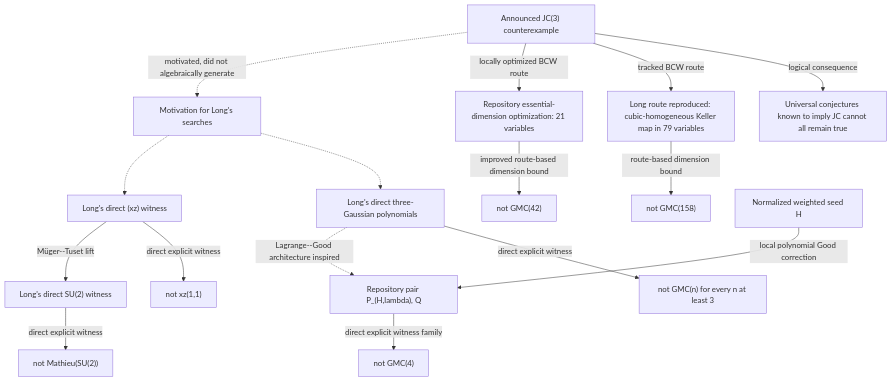
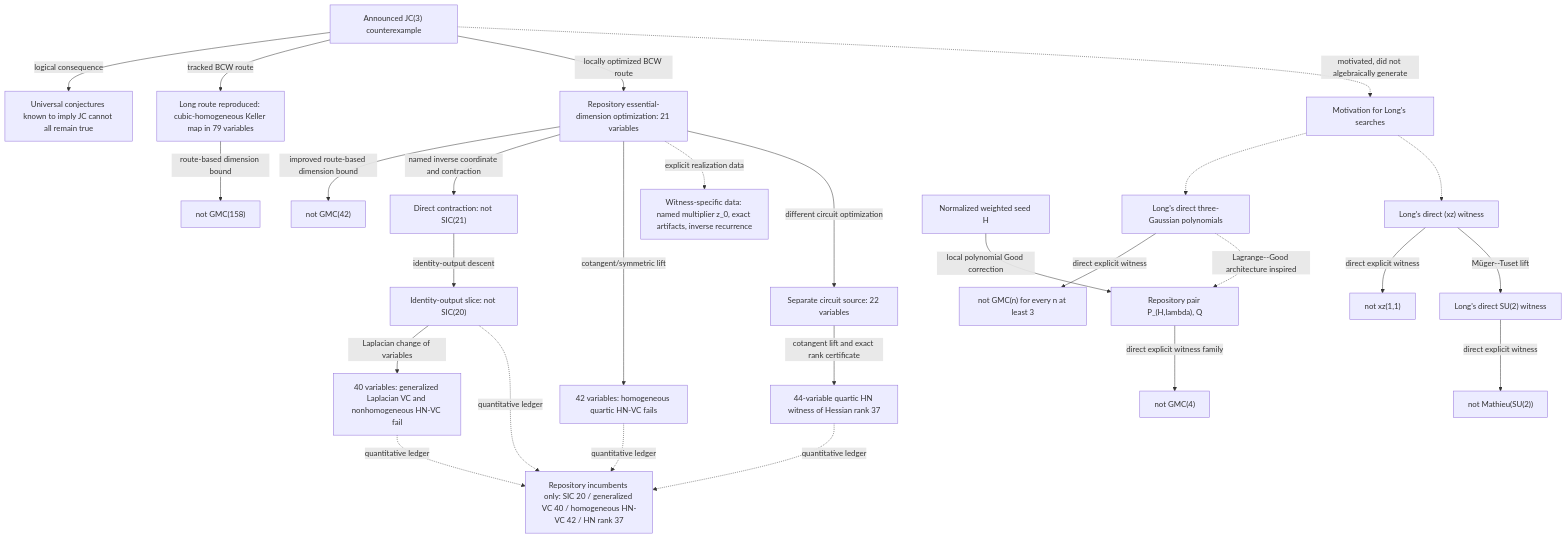
The diagram in extended-geometry/EXTERNAL_CONSEQUENCES_AND_PROVENANCE.md (royvanrijn/jacobian-research), drawn with Mermaid before and after one commit. The commit also changed other lines of this file and 132 other files, not shown here.

````diff
--- a/extended-geometry/EXTERNAL_CONSEQUENCES_AND_PROVENANCE.md
+++ b/extended-geometry/EXTERNAL_CONSEQUENCES_AND_PROVENANCE.md
@@ -21,35 +21,54 @@
 ```mermaid
 flowchart TD
     J["Announced JC(3) counterexample"]
     U["Universal conjectures known to imply JC cannot all remain true"]
     B["Long route reproduced: cubic-homogeneous Keller map in 79 variables"]
     R["not GMC(158)"]
     BO["Repository essential-dimension optimization: 21 variables"]
     RO["not GMC(42)"]
+    I21["Direct contraction: not SIC(21)"]
+    I20["Identity-output slice: not SIC(20)"]
+    V40["40 variables: generalized Laplacian VC and nonhomogeneous HN-VC fail"]
+    H42["42 variables: homogeneous quartic HN-VC fails"]
+    C22["Separate circuit source: 22 variables"]
+    HR37["44-variable quartic HN witness of Hessian rank 37"]
+    Q["Repository incumbents only: SIC 20 / generalized VC 40 / homogeneous HN-VC 42 / HN rank 37"]
+    E["Witness-specific data: named multiplier z_0, exact artifacts, inverse recurrence"]
     M["Motivation for Long's searches"]
     GP["Long's direct three-Gaussian polynomials"]
     G["not GMC(n) for every n at least 3"]
     XP["Long's direct (xz) witness"]
     X["not xz(1,1)"]
     SP["Long's direct SU(2) witness"]
     S["not Mathieu(SU(2))"]
     WH["Normalized weighted seed H"]
     WP["Repository pair P_(H,lambda), Q"]
     WG["not GMC(4)"]
 
     J -->|"logical consequence"| U
     J -->|"tracked BCW route"| B
     B -->|"route-based dimension bound"| R
     J -->|"locally optimized BCW route"| BO
     BO -->|"improved route-based dimension bound"| RO
+    BO -->|"named inverse coordinate and contraction"| I21
+    I21 -->|"identity-output descent"| I20
+    I20 -->|"Laplacian change of variables"| V40
+    BO -->|"cotangent/symmetric lift"| H42
+    BO -.->|"explicit realization data"| E
+    I20 -.->|"quantitative ledger"| Q
+    V40 -.->|"quantitative ledger"| Q
+    H42 -.->|"quantitative ledger"| Q
+    BO -->|"different circuit optimization"| C22
+    C22 -->|"cotangent lift and exact rank certificate"| HR37
+    HR37 -.->|"quantitative ledger"| Q
     J -.->|"motivated, did not algebraically generate"| M
     M -.-> GP
     M -.-> XP
     GP -->|"direct explicit witness"| G
     XP -->|"direct explicit witness"| X
     SP -->|"direct explicit witness"| S
     XP -->|"Müger--Tuset lift"| SP
     WH -->|"local polynomial Good correction"| WP
     WP -->|"direct explicit witness family"| WG
     GP -.->|"Lagrange--Good architecture inspired"| WP
 ```
````
